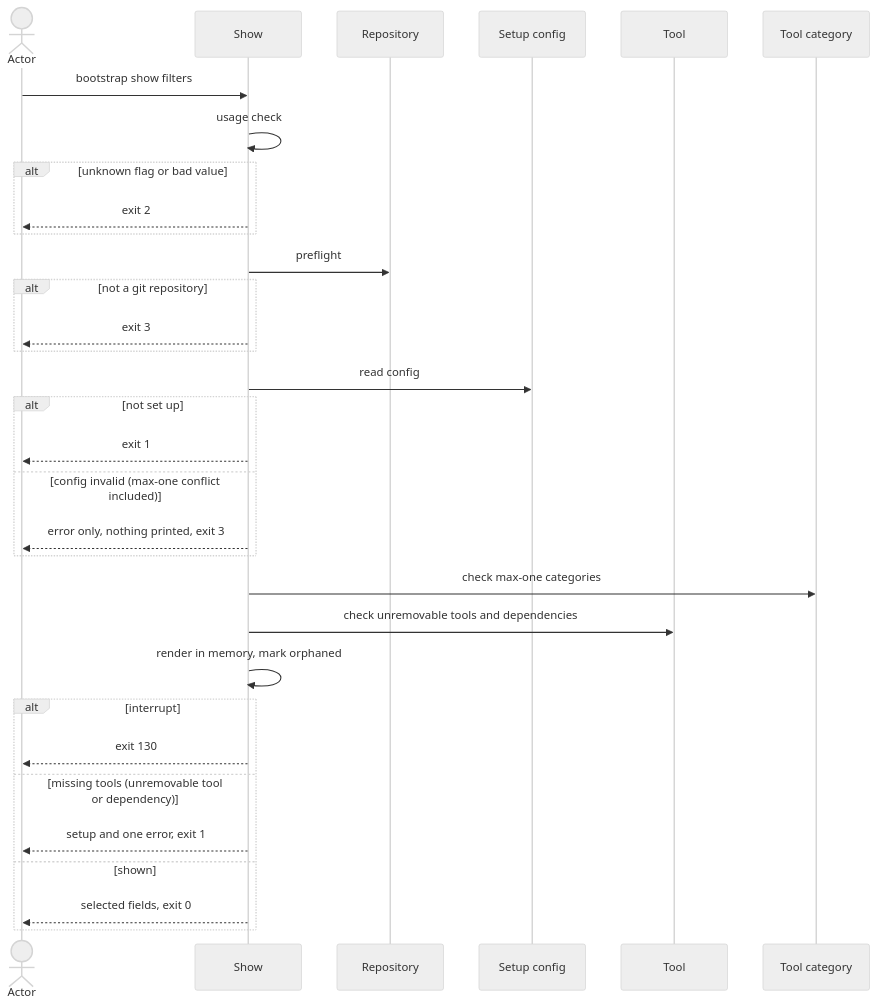
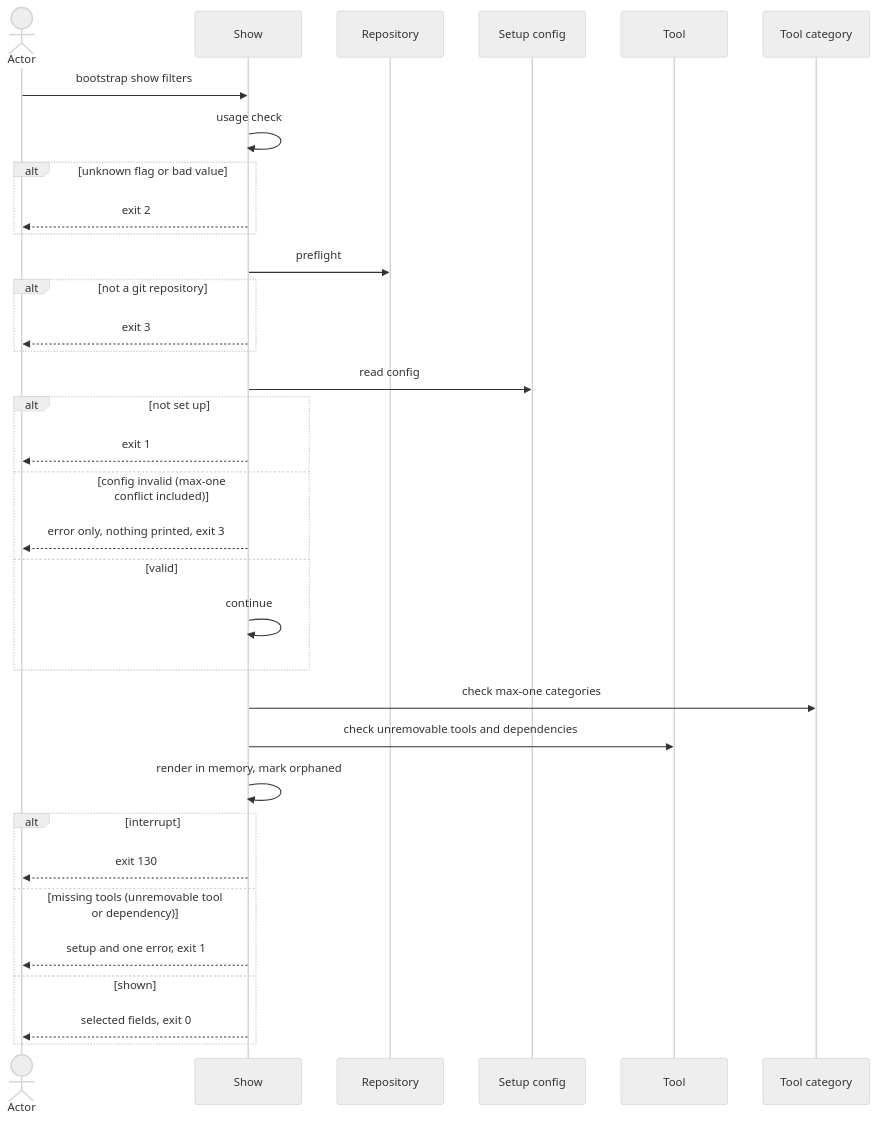
The diagram in docs/blueprint/flows/cli/170-show-setup/index.md (virajp/bootstrap), drawn with Mermaid (neutral theme) before and after one commit. The commit also changed other lines of this file and 15 other files, not shown here.

````diff
--- a/docs/blueprint/flows/cli/170-show-setup/index.md
+++ b/docs/blueprint/flows/cli/170-show-setup/index.md
@@ -128,34 +142,36 @@
 ```mermaid
 sequenceDiagram
     actor O as Actor
     participant S as Show
     participant R as Repository
     participant C as Setup config
     participant G as Tool
     participant K as Tool category
     O->>S: bootstrap show filters
     S->>S: usage check
     alt unknown flag or bad value
         S-->>O: exit 2
     end
     S->>R: preflight
     alt not a git repository
         S-->>O: exit 3
     end
     S->>C: read config
     alt not set up
         S-->>O: exit 1
     else config invalid (max-one conflict included)
         S-->>O: error only, nothing printed, exit 3
+    else valid
+        S->>S: continue
     end
     S->>K: check max-one categories
     S->>G: check unremovable tools and dependencies
     S->>S: render in memory, mark orphaned
     alt interrupt
         S-->>O: exit 130
     else missing tools (unremovable tool or dependency)
         S-->>O: setup and one error, exit 1
     else shown
         S-->>O: selected fields, exit 0
     end
 ```
````
